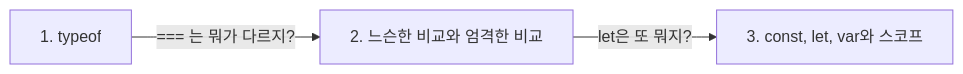
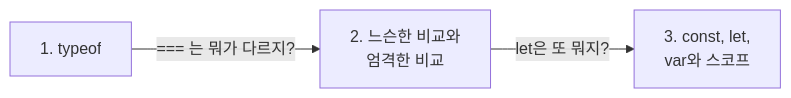
The second of 2 diagrams in 2026/November/11-06.md (ChildrenAon/TIL), drawn with Mermaid before and after one commit. The commit also changed other lines of this file and 5 other files, not shown here.

````diff
--- a/2026/November/11-06.md
+++ b/2026/November/11-06.md
@@ -297,5 +297,5 @@
 ```mermaid
 flowchart LR
-  A["1. typeof"] -->|"=== 는 뭐가 다르지?"| B["2. 느슨한 비교와 엄격한 비교"]
-  B -->|"let은 또 뭐지?"| C["3. const, let, var와 스코프"]
+  A["1. typeof"] -->|"=== 는 뭐가 다르지?"| B["2. 느슨한 비교와<br/>엄격한 비교"]
+  B -->|"let은 또 뭐지?"| C["3. const, let,<br/>var와 스코프"]
 ```
````
